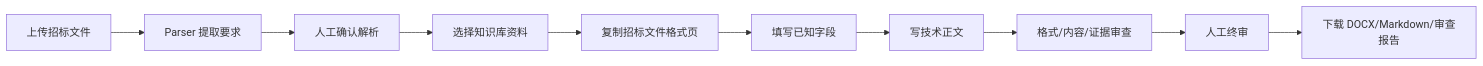
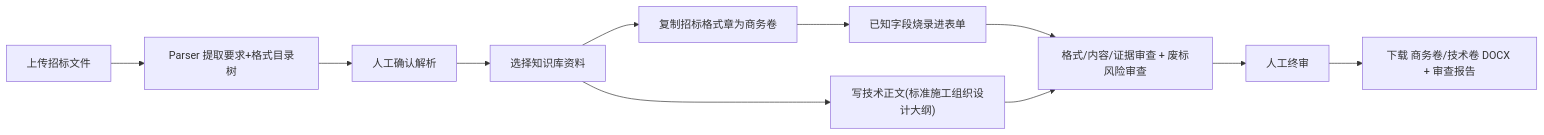
The diagram in minitasks.md (fakelilway/TenderDoc-Generator), drawn with Mermaid before and after one commit. The commit also changed other lines of this file and 7 other files, not shown here.

````diff
--- a/minitasks.md
+++ b/minitasks.md
@@ -11,12 +11,13 @@
 ```mermaid
 flowchart LR
-    A["上传招标文件"] --> B["Parser 提取要求"]
+    A["上传招标文件"] --> B["Parser 提取要求+格式目录树"]
     B --> C["人工确认解析"]
     C --> D["选择知识库资料"]
-    D --> E["复制招标文件格式页"]
-    E --> F["填写已知字段"]
-    F --> G["写技术正文"]
-    G --> H["格式/内容/证据审查"]
+    D --> E["复制招标格式章为商务卷"]
+    E --> F["已知字段烧录进表单"]
+    D --> G["写技术正文(标准施工组织设计大纲)"]
+    F --> H["格式/内容/证据审查 + 废标风险审查"]
+    G --> H
     H --> I["人工终审"]
-    I --> J["下载 DOCX/Markdown/审查报告"]
+    I --> J["下载 商务卷/技术卷 DOCX + 审查报告"]
 ```
````
